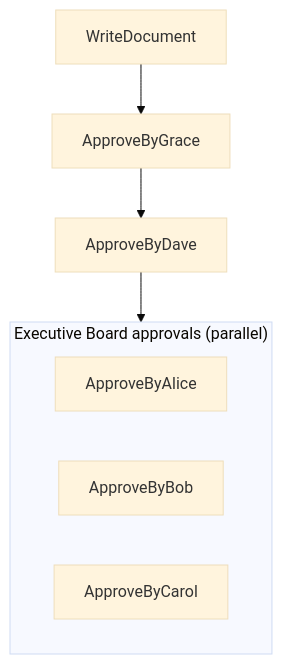
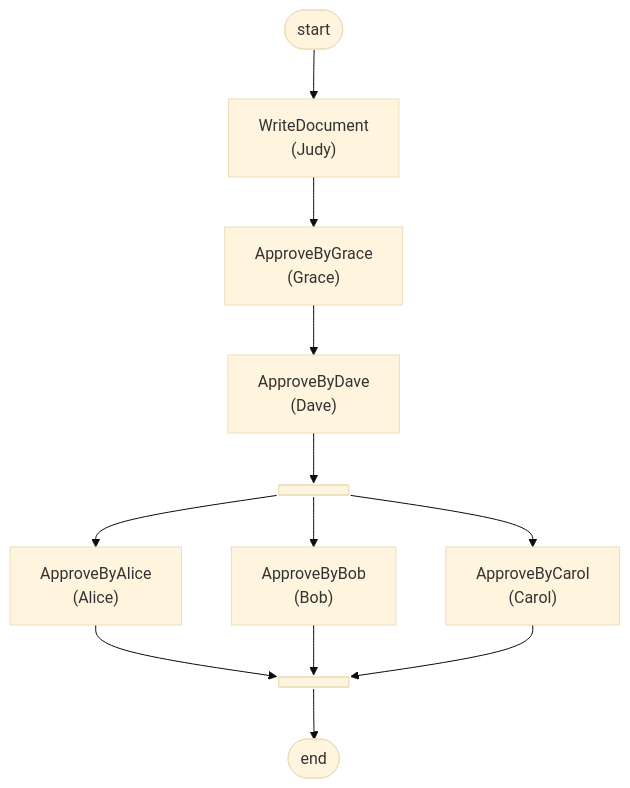
Before and after one commit to AelasticS/Synthesis: the second of 4 diagrams in apps/docs/docs/developer-guide/examples/workflow.md, drawn with Mermaid (base theme). The commit also changed other lines of this file and 13 other files, not shown here.

Commit message:
refactor(workflow-to-mermaid): the flowchart view replaces the nested-subgraph drawing

````diff
--- a/apps/docs/docs/developer-guide/examples/workflow.md
+++ b/apps/docs/docs/developer-guide/examples/workflow.md
@@ -473,14 +485,24 @@
 ```mermaid
 flowchart TD
-  WriteDocument["WriteDocument"]
-  ApproveByGrace["ApproveByGrace"]
-  ApproveByDave["ApproveByDave"]
-  subgraph Executive_Board_approvals["Executive Board approvals (parallel)"]
-    ApproveByAlice["ApproveByAlice"]
-    ApproveByBob["ApproveByBob"]
-    ApproveByCarol["ApproveByCarol"]
-  end
+  start_node(["start"])
+  WriteDocument["WriteDocument<br/>(Judy)"]
+  ApproveByGrace["ApproveByGrace<br/>(Grace)"]
+  ApproveByDave["ApproveByDave<br/>(Dave)"]
+  Executive_Board_approvals_fork@{ shape: fork }
+  ApproveByAlice["ApproveByAlice<br/>(Alice)"]
+  ApproveByBob["ApproveByBob<br/>(Bob)"]
+  ApproveByCarol["ApproveByCarol<br/>(Carol)"]
+  Executive_Board_approvals_join@{ shape: join }
+  end_node(["end"])
+  start_node --> WriteDocument
   WriteDocument --> ApproveByGrace
   ApproveByGrace --> ApproveByDave
-  ApproveByDave --> Executive_Board_approvals
+  ApproveByDave --> Executive_Board_approvals_fork
+  Executive_Board_approvals_fork --> ApproveByAlice
+  ApproveByAlice --> Executive_Board_approvals_join
+  Executive_Board_approvals_fork --> ApproveByBob
+  ApproveByBob --> Executive_Board_approvals_join
+  Executive_Board_approvals_fork --> ApproveByCarol
+  ApproveByCarol --> Executive_Board_approvals_join
+  Executive_Board_approvals_join --> end_node
 ```
````
